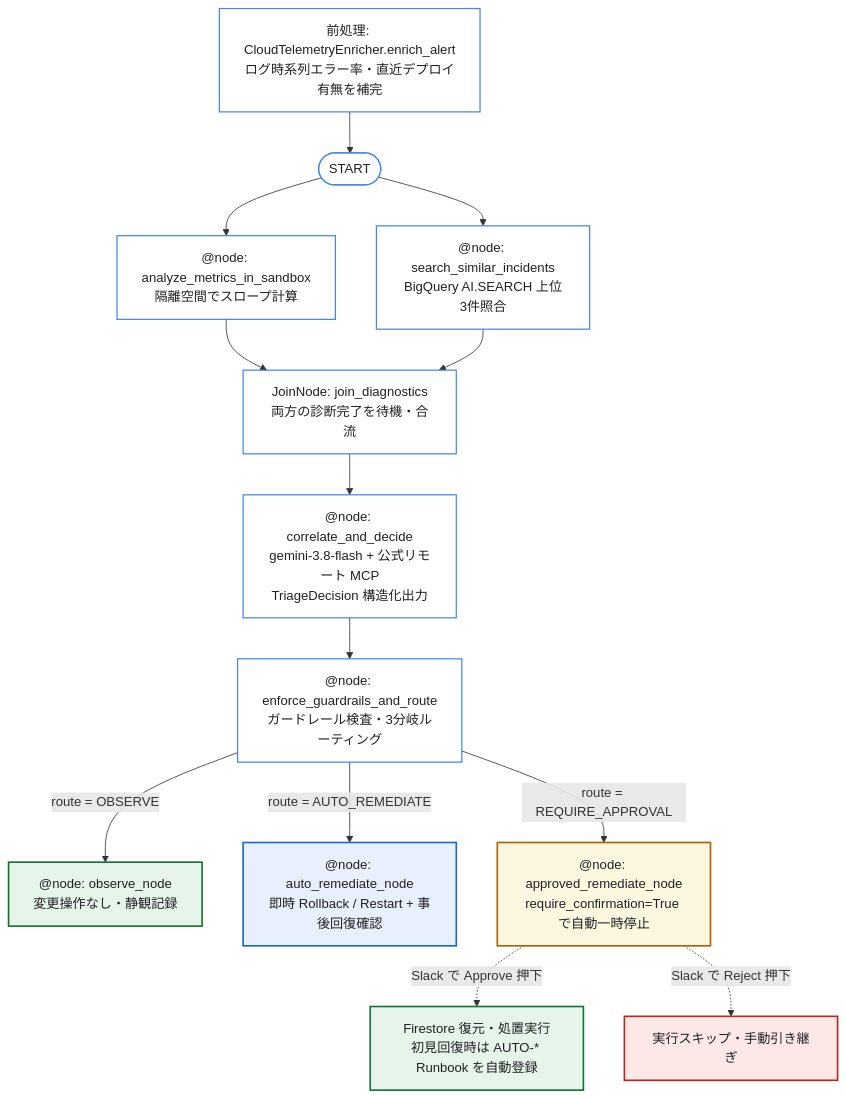
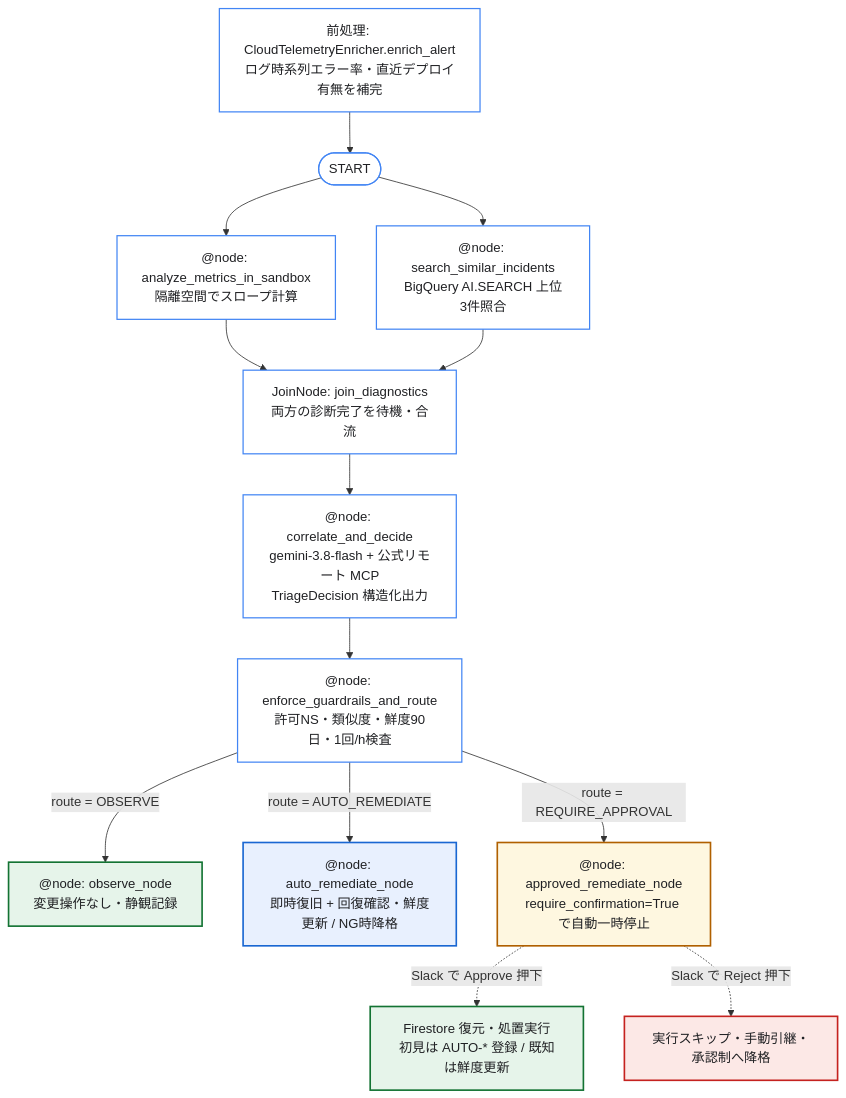
One commit to tyorikan/agentic-sre-handson changed the second of 4 diagrams in docs/04-auto-remediation-and-slack-hitl.md. Above: the diagram before and after it, drawn with Mermaid. The commit also changed other lines of this file and 35 other files, not shown here.

````diff
--- a/docs/04-auto-remediation-and-slack-hitl.md
+++ b/docs/04-auto-remediation-and-slack-hitl.md
@@ -61,27 +61,27 @@
 ```mermaid
 flowchart TD
     Pre["前処理: CloudTelemetryEnricher.enrich_alert<br/>ログ時系列エラー率・直近デプロイ有無を補完"] --> S(["START"])
     S --> P1["@node: analyze_metrics_in_sandbox<br/>隔離空間でスロープ計算"]
     S --> P2["@node: search_similar_incidents<br/>BigQuery AI.SEARCH 上位3件照合"]
     P1 & P2 --> J["JoinNode: join_diagnostics<br/>両方の診断完了を待機・合流"]
     J --> LLM["@node: correlate_and_decide<br/>gemini-3.8-flash + 公式リモート MCP<br/>TriageDecision 構造化出力"]
-    LLM --> Router["@node: enforce_guardrails_and_route<br/>ガードレール検査・3分岐ルーティング"]
+    LLM --> Router["@node: enforce_guardrails_and_route<br/>許可NS・類似度・鮮度90日・1回/h検査"]
 
     Router -->|"route = OBSERVE"| N1["@node: observe_node<br/>変更操作なし・静観記録"]
-    Router -->|"route = AUTO_REMEDIATE"| N2["@node: auto_remediate_node<br/>即時 Rollback / Restart + 事後回復確認"]
+    Router -->|"route = AUTO_REMEDIATE"| N2["@node: auto_remediate_node<br/>即時復旧 + 回復確認・鮮度更新 / NG時降格"]
     Router -->|"route = REQUIRE_APPROVAL"| N3["@node: approved_remediate_node<br/>require_confirmation=True で自動一時停止"]
 
-    N3 -.->|"Slack で Approve 押下"| Exec["Firestore 復元・処置実行<br/>初見回復時は AUTO-* Runbook を自動登録"]
-    N3 -.->|"Slack で Reject 押下"| Cancel["実行スキップ・手動引き継ぎ"]
+    N3 -.->|"Slack で Approve 押下"| Exec["Firestore 復元・処置実行<br/>初見は AUTO-* 登録 / 既知は鮮度更新"]
+    N3 -.->|"Slack で Reject 押下"| Cancel["実行スキップ・手動引継・承認制へ降格"]
 
     classDef nodeBox fill:#ffffff,stroke:#4285F4,stroke-width:1.5px,color:#202124;
     classDef ok fill:#e6f4ea,stroke:#137333,stroke-width:2px,color:#202124;
     classDef auto fill:#e8f0fe,stroke:#1967d2,stroke-width:2px,color:#202124;
     classDef hitl fill:#fef7e0,stroke:#b06000,stroke-width:2px,color:#202124;
     classDef reject fill:#fce8e6,stroke:#c5221f,stroke-width:2px,color:#202124;
     class Pre,S,P1,P2,J,LLM,Router nodeBox;
     class N1,Exec ok;
     class N2 auto;
     class N3 hitl;
     class Cancel reject;
 ```
````
